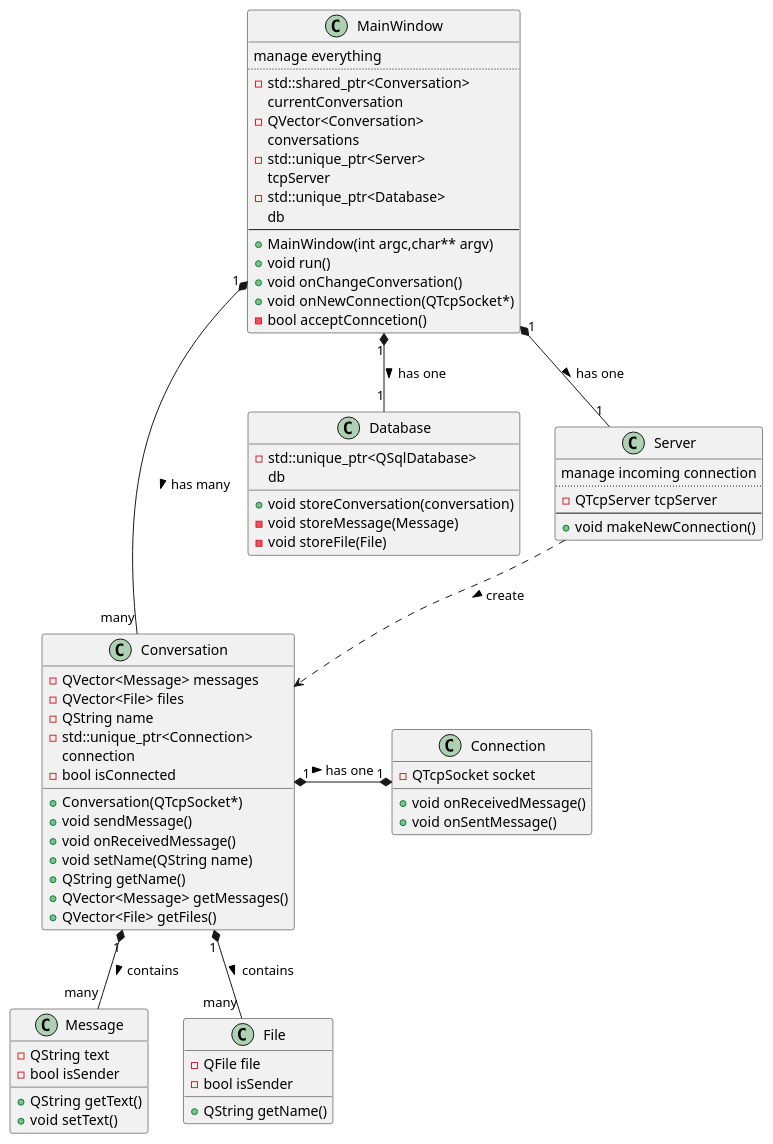
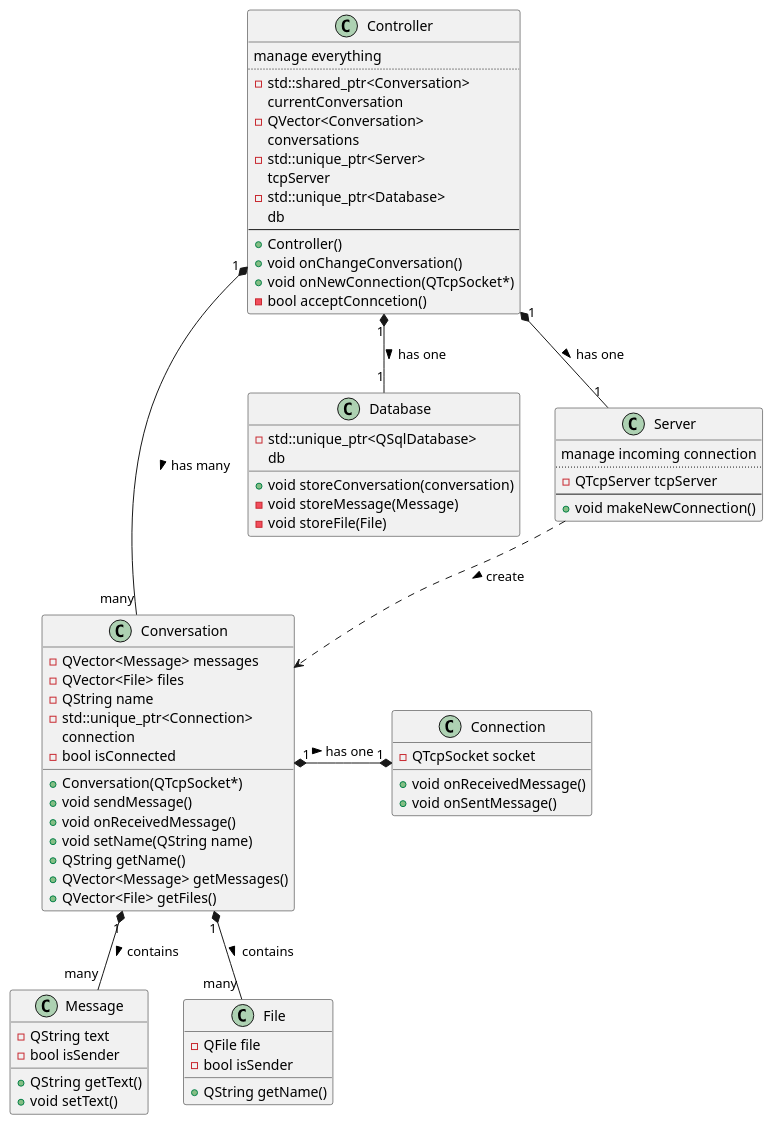
The diagram in uml/diagram.puml (dstopka/p2p-communicator), drawn with PlantUML before and after one commit. The commit also changed 5 other files, not shown here.

Commit message:
modified conception: class MainWindow -> Controller

```diff
--- a/uml/diagram.puml
+++ b/uml/diagram.puml
@@ -2,89 +2,88 @@
 @startuml
 
-class MainWindow
+class Controller
 class Database
 class Conversation
 class Message
 class Server
 class Connection
 class File
 
-MainWindow "1" *-- "many" Conversation : has many >
-MainWindow "1" *-- "1" Database : has one >
-MainWindow "1" *-- "1" Server : has one >
+Controller "1" *-- "many" Conversation : has many >
+Controller "1" *-- "1" Database : has one >
+Controller "1" *-- "1" Server : has one >
 Conversation "1" *-- "many" Message : contains >
 Conversation "1" *-- "many" File : contains >
 Server ..> Conversation : create >
 Conversation "1" *-* "1" Connection : has one >
 
-class MainWindow {
+class Controller {
 manage everything
 ..
 -std::shared_ptr<Conversation>
 currentConversation
 -QVector<Conversation>
 conversations
 -std::unique_ptr<Server>
 tcpServer
 -std::unique_ptr<Database>
 db
 --
-+MainWindow(int argc,char** argv)
-+void run()
++Controller()
 +void onChangeConversation()
 +void onNewConnection(QTcpSocket*)
 -bool acceptConncetion()
 }
 
 class Conversation {
 +Conversation(QTcpSocket*)
 +void sendMessage()
 +void onReceivedMessage()
 +void setName(QString name)
 +QString getName()
 +QVector<Message> getMessages()
 +QVector<File> getFiles()
 -QVector<Message> messages
 -QVector<File> files
 -QString name
 -std::unique_ptr<Connection>
 connection
 -bool isConnected
 }
 
 class Message {
 +QString getText()
 +void setText()
 -QString text
 -bool isSender
 }
 
 class Server {
 manage incoming connection
 ..
 -QTcpServer tcpServer
 --
 +void makeNewConnection()
 }
 
 class Connection {
 +void onReceivedMessage()
 +void onSentMessage()
 -QTcpSocket socket
 }
 
 class File {
 +QString getName()
 -QFile file
 -bool isSender
 }
 
 class Database {
 -std::unique_ptr<QSqlDatabase>
 db
 +void storeConversation(conversation)
 -void storeMessage(Message)
 -void storeFile(File)
 }
 
 @enduml
```
